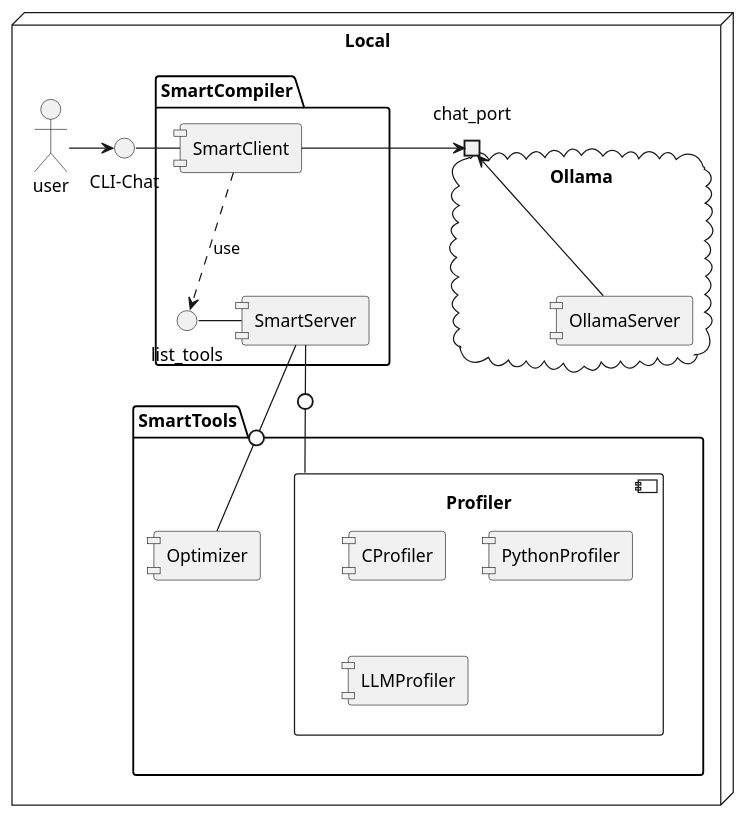
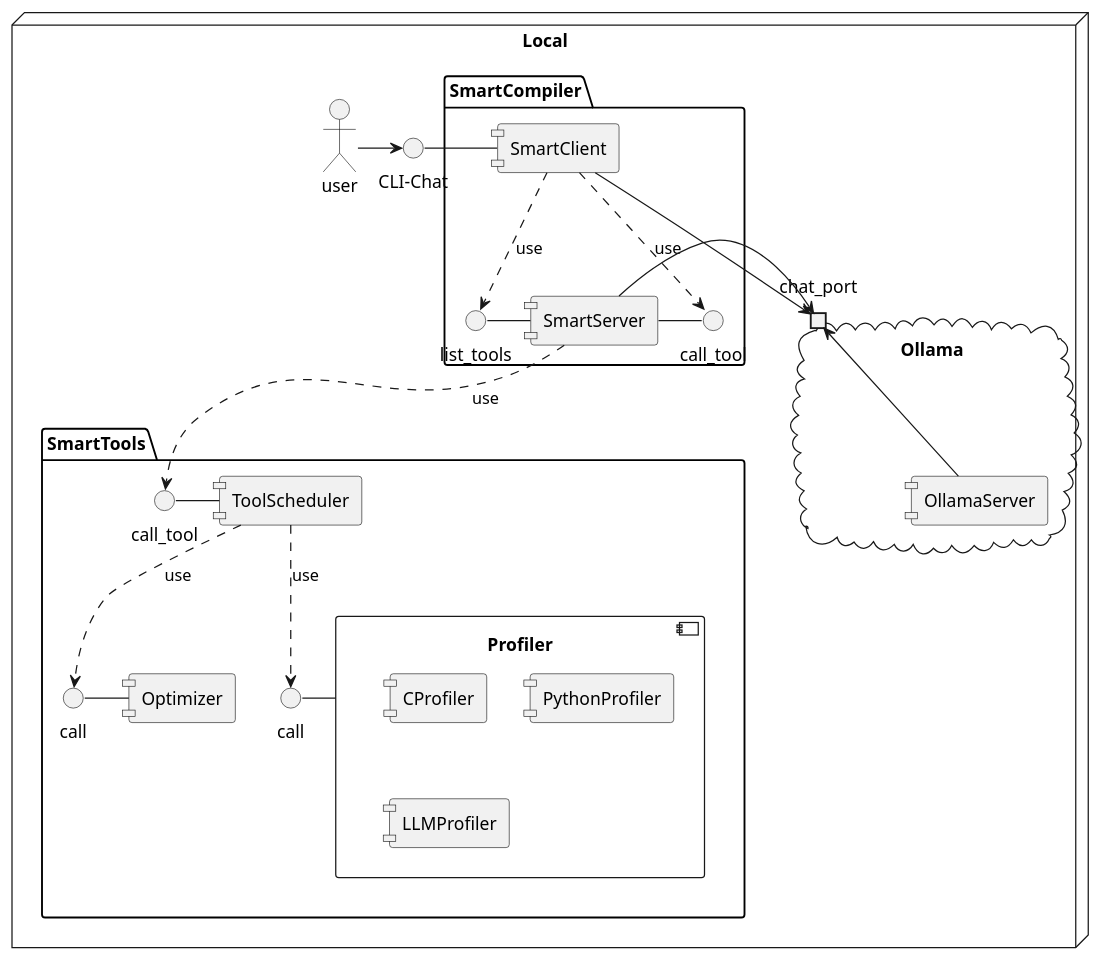
The diagram in architecture.plantuml (Mike31860/Smart_Compiler), drawn with PlantUML before and after one commit. The commit also changed 2 other files, not shown here.

Commit message:
added architecture diagram

```diff
--- a/architecture.plantuml
+++ b/architecture.plantuml
@@ -1,49 +1,63 @@
 @startuml
 
 skinparam componentStyle uml1
 
 node "Local" {
     actor user
     interface "CLI-Chat" as SmartChat
 
-    package "SmartTools" {
-        component "Profiler" {
-            [CProfiler]
-            [PythonProfiler]
-            [LLMProfiler]
-        }
-        [Optimizer]
-    }
+    
 
    
     cloud "Ollama" {
         portin chat_port
         component "OllamaServer" { 
             [OllamaServer] -> chat_port
         }
     }
+
+   
     
 
     package "SmartCompiler" {
         [SmartClient]
         [SmartServer]
         SmartChat - [SmartClient]
         interface "list_tools" as ListTools
+        interface "call_tool" as ServerCallTool
         [SmartClient] ..> () ListTools: use
         ListTools - [SmartServer]
+        [SmartServer] - ServerCallTool
+        [SmartClient] ..> () ServerCallTool: use
 
+    }
+
+     package "SmartTools" {
+        [Optimizer]
+        interface "call_tool" as CallTool
+        CallTool - [ToolScheduler]
+        component "Profiler" {
+            [CProfiler]
+            [PythonProfiler]
+            [LLMProfiler]
+        }
+        interface "call" as CallOptimizer
+        interface "call" as CallProfiler
+        CallOptimizer - [Optimizer]
+        CallProfiler - [Profiler]
+        [ToolScheduler] ..> CallOptimizer : use
+        [ToolScheduler] ..> CallProfiler : use
     }
 
 
 
 
 }
 
 user -> SmartChat
 [SmartClient] -> chat_port
-
-[SmartServer] -0- [Profiler]
-[SmartServer] -0- [Optimizer]
+[SmartServer] -> chat_port
+[SmartServer] ..> CallTool : use
 
 
 @enduml
```
